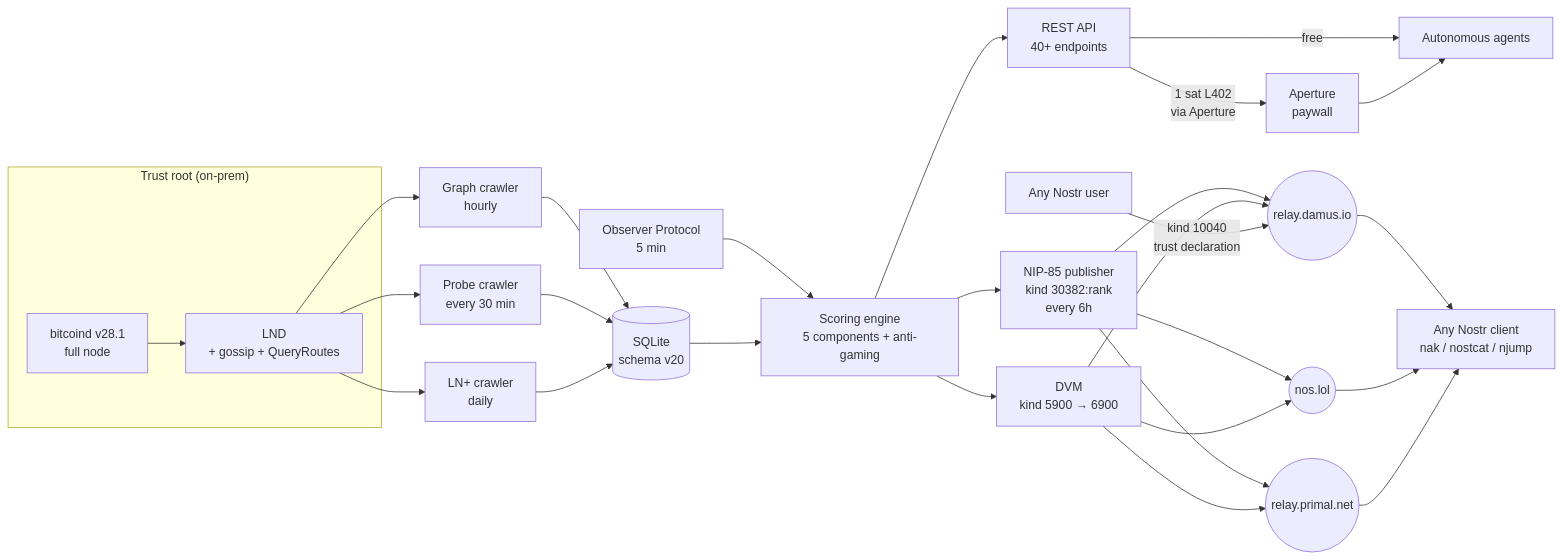
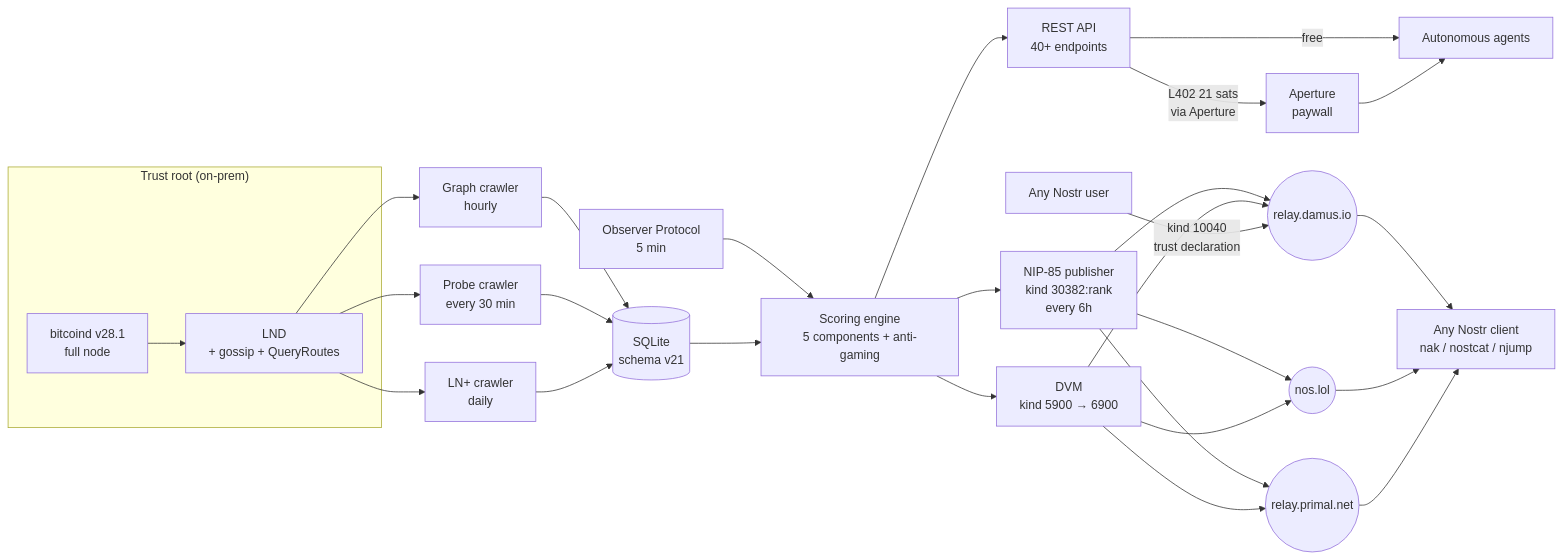
One commit to proofoftrust21/satrank changed the diagram in README.md. Above: the diagram before and after it, drawn with Mermaid. The commit also changed other lines of this file and 20 other files, not shown here.

````diff
--- a/README.md
+++ b/README.md
@@ -95,38 +97,38 @@
 ```mermaid
 flowchart LR
   subgraph Trust_Root["Trust root (on-prem)"]
     BTC[bitcoind v28.1<br/>full node]
     LND[LND<br/>+ gossip + QueryRoutes]
   end
 
   BTC --> LND
   LND --> GC[Graph crawler<br/>hourly]
   LND --> PC[Probe crawler<br/>every 30 min]
   LND --> LP[LN+ crawler<br/>daily]
   OBS[Observer Protocol<br/>5 min] --> SE
 
-  GC --> DB[(SQLite<br/>schema v20)]
+  GC --> DB[(SQLite<br/>schema v21)]
   PC --> DB
   LP --> DB
 
   DB --> SE[Scoring engine<br/>5 components + anti-gaming]
   SE --> API[REST API<br/>40+ endpoints]
   SE --> NP[NIP-85 publisher<br/>kind 30382:rank<br/>every 6h]
   SE --> DVM[DVM<br/>kind 5900 → 6900]
 
   NP --> R1((relay.damus.io))
   NP --> R2((nos.lol))
   NP --> R3((relay.primal.net))
   DVM --> R1
   DVM --> R2
   DVM --> R3
 
   API -->|free| Agents
-  API -->|1 sat L402<br/>via Aperture| L402[Aperture<br/>paywall]
+  API -->|L402 21 sats<br/>via Aperture| L402[Aperture<br/>paywall]
   L402 --> Agents[Autonomous agents]
   R1 --> Clients[Any Nostr client<br/>nak / nostcat / njump]
   R2 --> Clients
   R3 --> Clients
 
   User[Any Nostr user] -->|kind 10040<br/>trust declaration| R1
 ```
````
